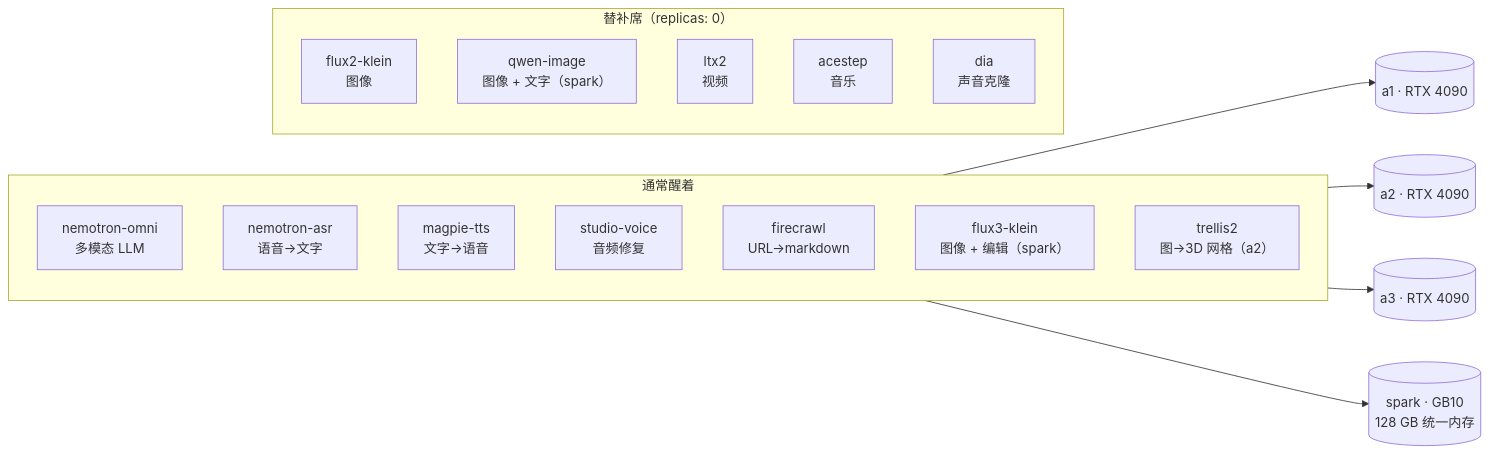
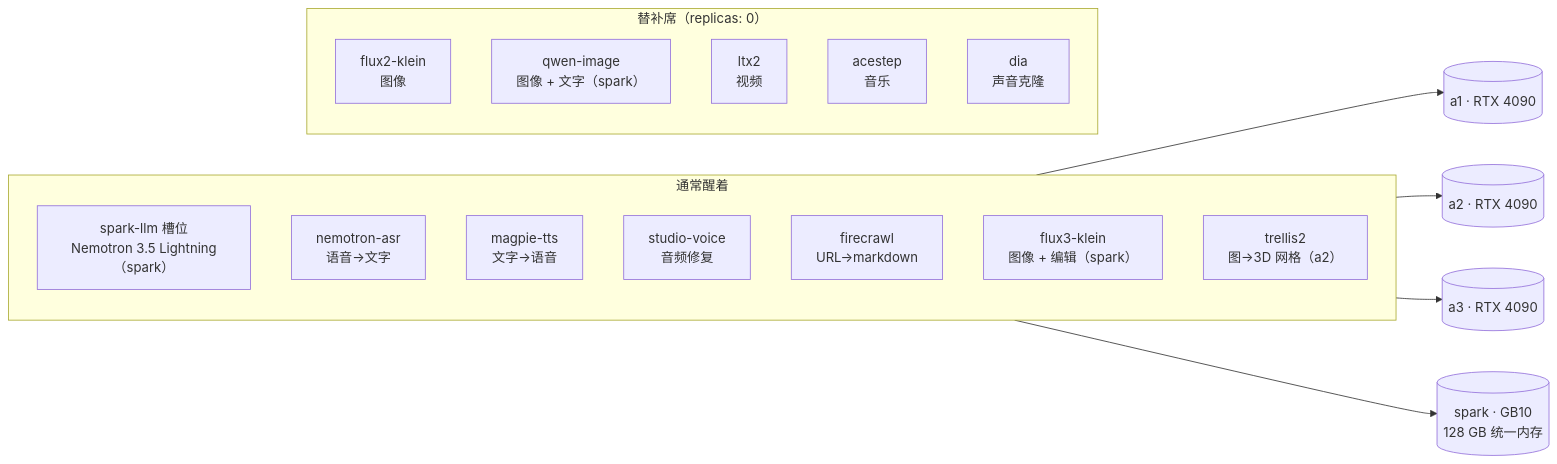
Before and after one commit to briancaffey/home-lab: the diagram in docs-site/i18n/zh-Hans/docusaurus-plugin-content-docs/current/ai/inference-fleet.md, drawn with Mermaid. The commit also changed other lines of this file and 13 other files, not shown here.

First line of the commit message:
docs(site): Hermes v0.23 + iPhone access, local Nemotron Lightning, parked OTel backends

````diff
--- a/docs-site/i18n/zh-Hans/docusaurus-plugin-content-docs/current/ai/inference-fleet.md
+++ b/docs-site/i18n/zh-Hans/docusaurus-plugin-content-docs/current/ai/inference-fleet.md
@@ -18,24 +18,24 @@
 ```mermaid
 flowchart LR
     subgraph active["通常醒着"]
-        omni["nemotron-omni<br/>多模态 LLM"]
+        omni["spark-llm 槽位<br/>Nemotron 3.5 Lightning（spark）"]
         asr["nemotron-asr<br/>语音→文字"]
         magpie["magpie-tts<br/>文字→语音"]
         sv["studio-voice<br/>音频修复"]
         fc["firecrawl<br/>URL→markdown"]
         klein["flux3-klein<br/>图像 + 编辑（spark）"]
         trellis["trellis2<br/>图→3D 网格（a2）"]
     end
     subgraph parked["替补席（replicas: 0）"]
         flux["flux2-klein<br/>图像"]
         qwen["qwen-image<br/>图像 + 文字（spark）"]
         ltx["ltx2<br/>视频"]
         ace["acestep<br/>音乐"]
         dia["dia<br/>声音克隆"]
     end
     gpu1[("a1 · RTX 4090")]
     gpu2[("a2 · RTX 4090")]
     gpu3[("a3 · RTX 4090")]
     spark[("spark · GB10<br/>128 GB 统一内存")]
     active --> gpu1 & gpu2 & gpu3 & spark
 ```
````
